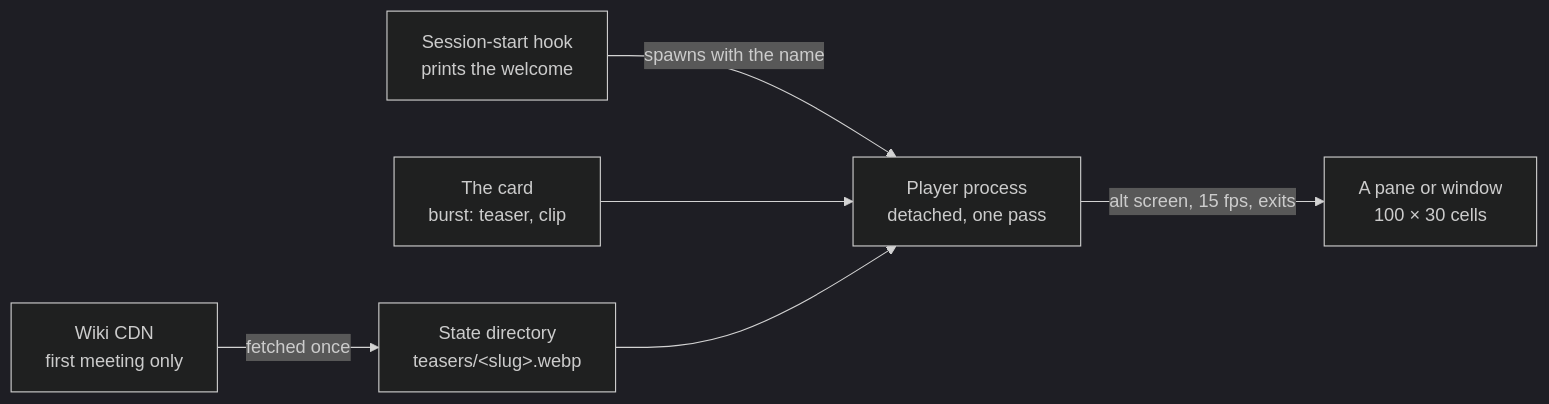
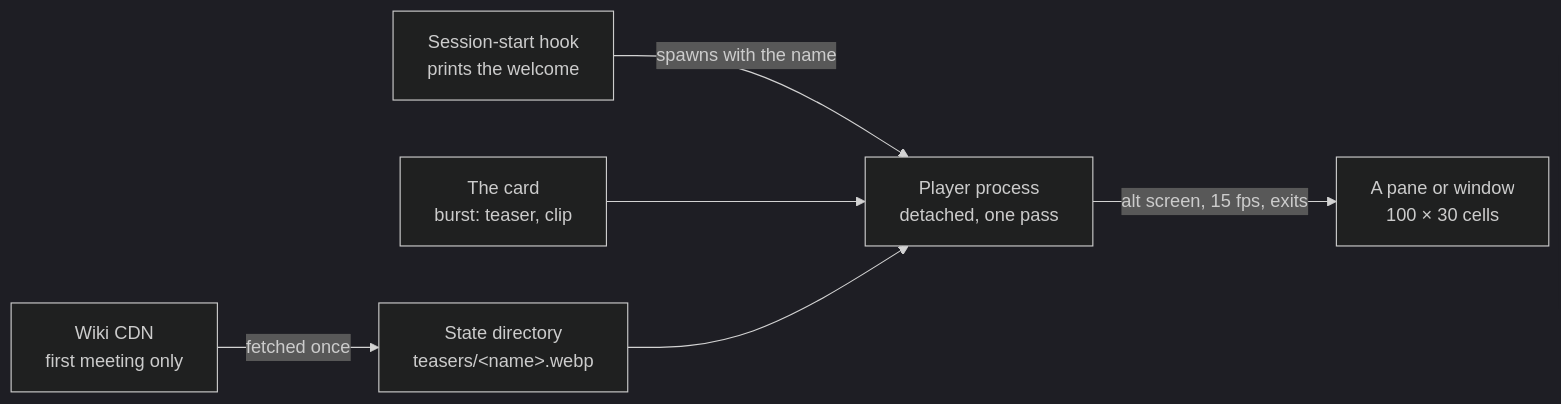
Before and after one commit to Esposter/Esposter: the diagram in apps/web/content/docs/proposals/infra/burst-animation.md, drawn with Mermaid (dark theme). The commit also changed 16 other files, not shown here.

````diff
--- a/apps/web/content/docs/proposals/infra/burst-animation.md
+++ b/apps/web/content/docs/proposals/infra/burst-animation.md
@@ -56,15 +56,15 @@
 ```mermaid
 flowchart LR
     Hook["Session-start hook<br/>prints the welcome"]
     Card["The card<br/>burst: teaser, clip"]
-    Cache["State directory<br/>teasers/&lt;slug&gt;.webp"]
+    Cache["State directory<br/>teasers/&lt;name&gt;.webp"]
     Wiki["Wiki CDN<br/>first meeting only"]
     Player["Player process<br/>detached, one pass"]
     Pane["A pane or window<br/>100 × 30 cells"]
 
     Hook -->|spawns with the name| Player
     Card --> Player
     Wiki -->|fetched once| Cache
     Cache --> Player
     Player -->|alt screen, 15 fps, exits| Pane
 ```
````
